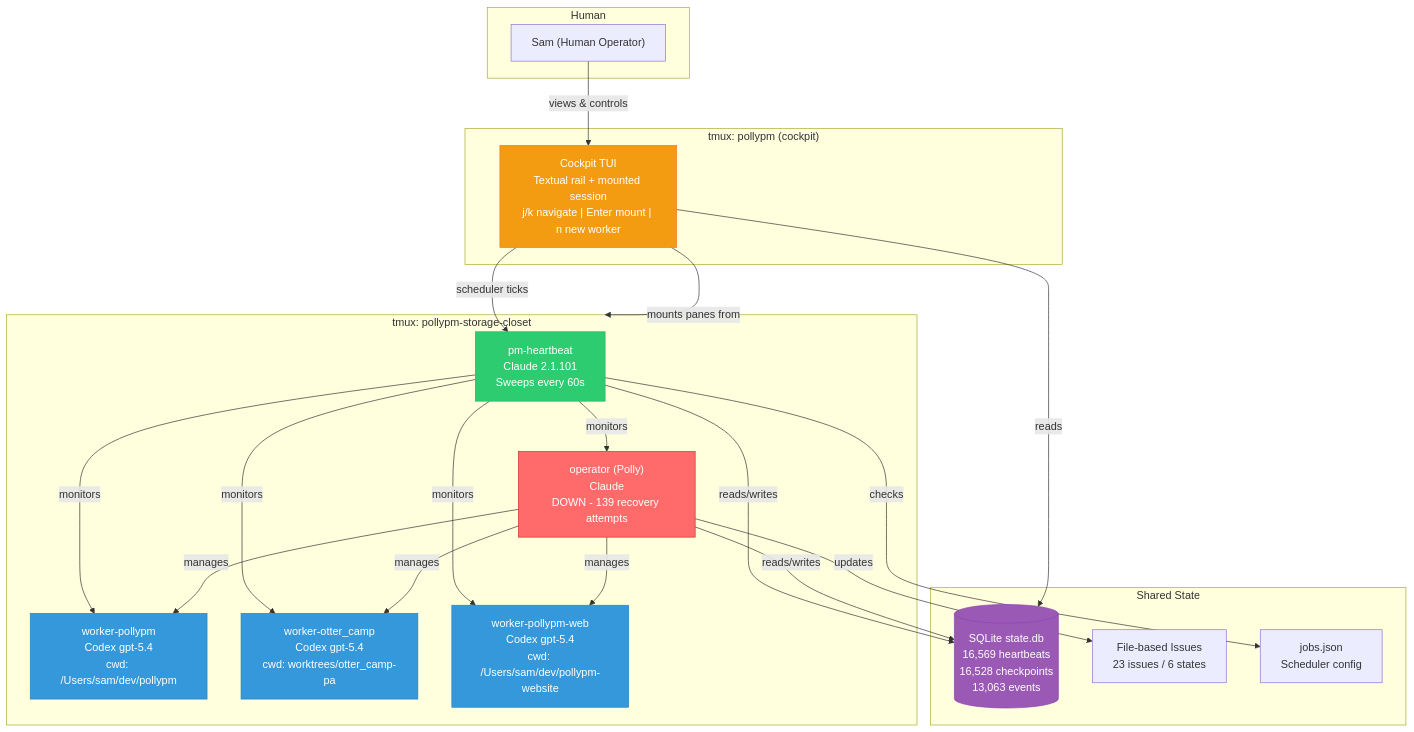
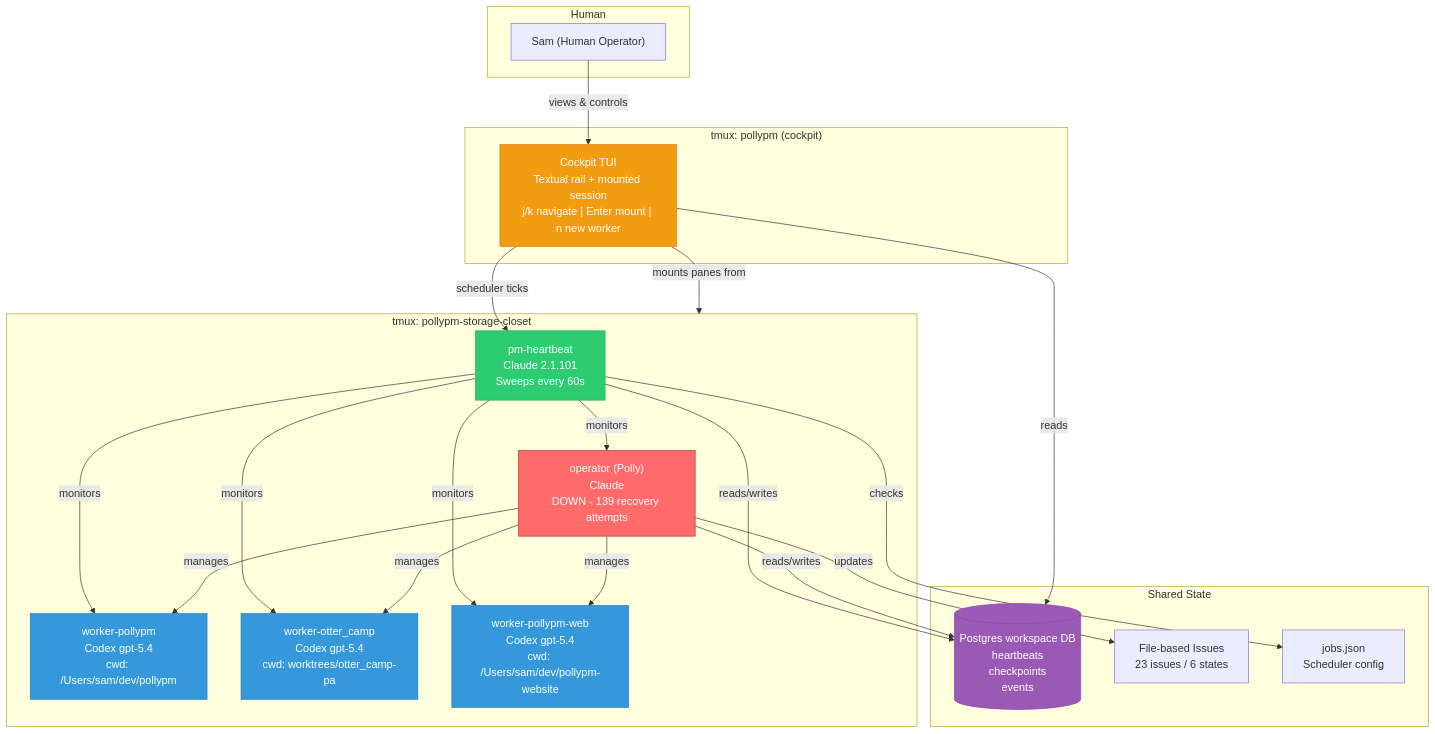
One commit to samhotchkiss/pollypm changed the diagram in docs/visuals/architecture-overview.md. Above: the diagram before and after it, drawn with Mermaid. The commit also changed 22 other files, not shown here.

````diff
--- a/docs/visuals/architecture-overview.md
+++ b/docs/visuals/architecture-overview.md
@@ -5,48 +5,48 @@
 ```mermaid
 graph TB
     subgraph Human
         Sam["Sam (Human Operator)"]
     end
 
     subgraph pollypm_session["tmux: pollypm (cockpit)"]
         Cockpit["Cockpit TUI<br/>Textual rail + mounted session<br/>j/k navigate | Enter mount | n new worker"]
     end
 
     subgraph storage["tmux: pollypm-storage-closet"]
         HB["pm-heartbeat<br/>Claude 2.1.101<br/>Sweeps every 60s"]
         OP["operator (Polly)<br/>Claude<br/>DOWN - 139 recovery attempts"]
         W1["worker-pollypm<br/>Codex gpt-5.4<br/>cwd: /Users/sam/dev/pollypm"]
         W2["worker-otter_camp<br/>Codex gpt-5.4<br/>cwd: worktrees/otter_camp-pa"]
         W3["worker-pollypm-web<br/>Codex gpt-5.4<br/>cwd: /Users/sam/dev/pollypm-website"]
     end
 
     subgraph data["Shared State"]
-        DB[("SQLite state.db<br/>16,569 heartbeats<br/>16,528 checkpoints<br/>13,063 events")]
+        DB[("Postgres workspace DB<br/>heartbeats<br/>checkpoints<br/>events")]
         Issues["File-based Issues<br/>23 issues / 6 states"]
         Jobs["jobs.json<br/>Scheduler config"]
     end
 
     Sam -->|"views & controls"| Cockpit
     Cockpit -->|"mounts panes from"| storage
     Cockpit -->|"scheduler ticks"| HB
     HB -->|"monitors"| OP
     HB -->|"monitors"| W1
     HB -->|"monitors"| W2
     HB -->|"monitors"| W3
     OP -->|"manages"| W1
     OP -->|"manages"| W2
     OP -->|"manages"| W3
     HB -->|"reads/writes"| DB
     OP -->|"reads/writes"| DB
     Cockpit -->|"reads"| DB
     HB -->|"checks"| Jobs
     OP -->|"updates"| Issues
 
     style OP fill:#ff6b6b,stroke:#c0392b,color:#fff
     style HB fill:#2ecc71,stroke:#27ae60,color:#fff
     style W1 fill:#3498db,stroke:#2980b9,color:#fff
     style W2 fill:#3498db,stroke:#2980b9,color:#fff
     style W3 fill:#3498db,stroke:#2980b9,color:#fff
     style Cockpit fill:#f39c12,stroke:#e67e22,color:#fff
     style DB fill:#9b59b6,stroke:#8e44ad,color:#fff
 ```
````
